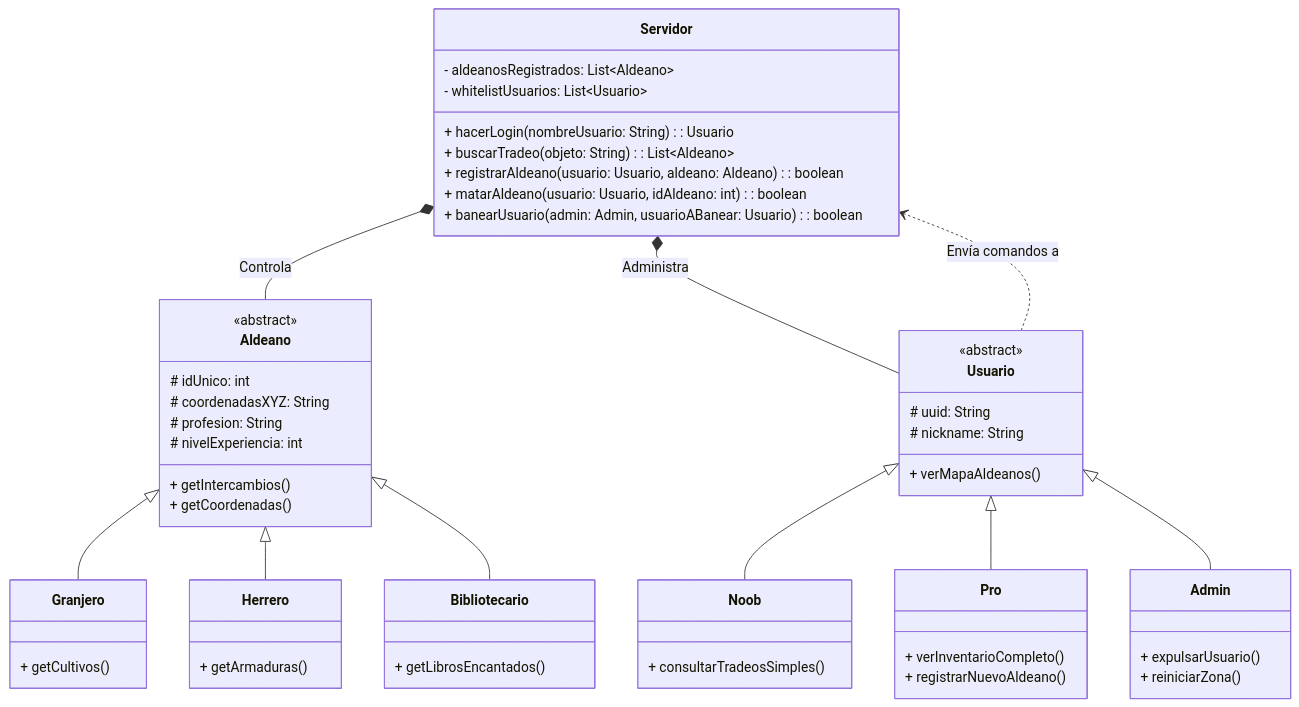
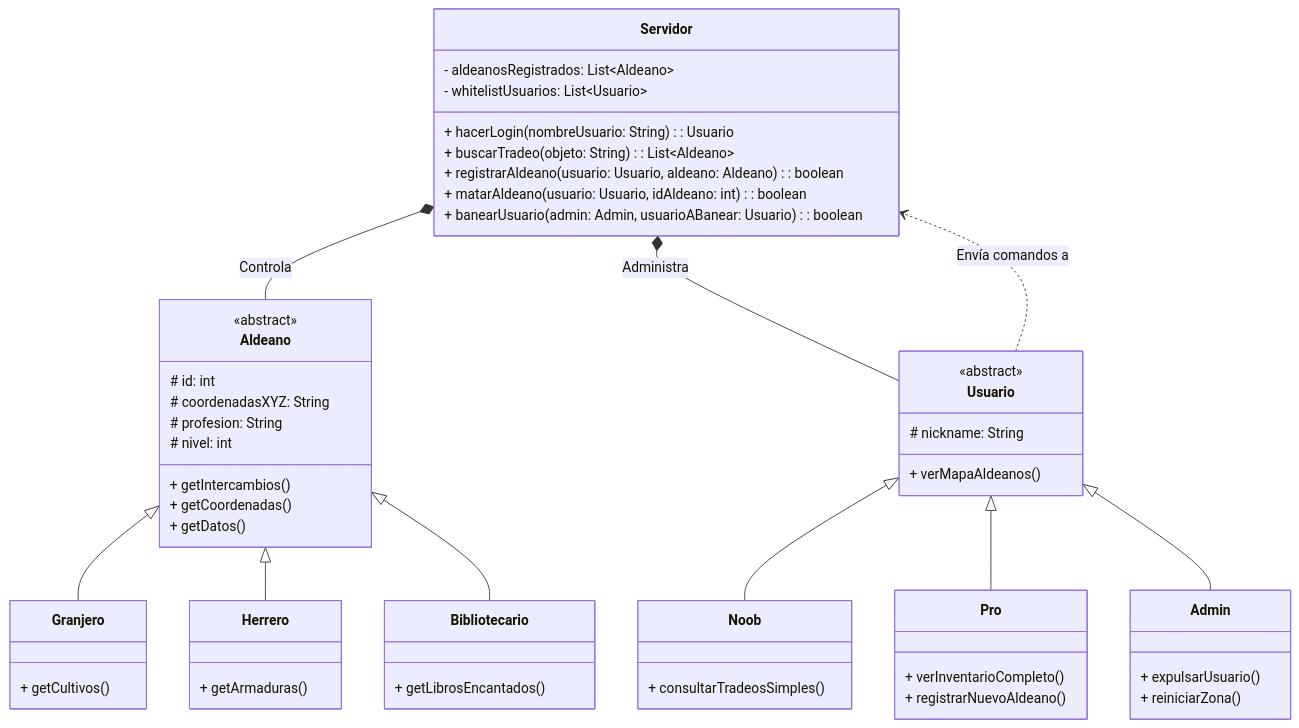
Before and after one commit to benjgaze/lab-kotlin1: the diagram in README.md, drawn with Mermaid.

````diff
--- a/README.md
+++ b/README.md
@@ -18,65 +18,66 @@
 ```mermaid
 classDiagram
     class Servidor {
         - aldeanosRegistrados: List~Aldeano~
         - whitelistUsuarios: List~Usuario~
         + hacerLogin(nombreUsuario: String): Usuario
         + buscarTradeo(objeto: String): List~Aldeano~
         + registrarAldeano(usuario: Usuario, aldeano: Aldeano): boolean
         + matarAldeano(usuario: Usuario, idAldeano: int): boolean
         + banearUsuario(admin: Admin, usuarioABanear: Usuario): boolean
     }
 
     class Aldeano {
         <<abstract>>
-        # idUnico: int
+        # id: int
         # coordenadasXYZ: String
         # profesion: String
-        # nivelExperiencia: int
+        # nivel: int
         + getIntercambios()
         + getCoordenadas()
+        + getDatos ()
+        
     }
 
     class Usuario {
         <<abstract>>
-        # uuid: String
         # nickname: String
         + verMapaAldeanos()
     }
 
     class Noob {
         + consultarTradeosSimples()
     }
     
     class Pro {
         + verInventarioCompleto()
         + registrarNuevoAldeano()
     }
     
     class Admin {
         + expulsarUsuario()
         + reiniciarZona()
     }
 
     class Granjero {
         + getCultivos()
     }
     class Herrero {
         + getArmaduras()
     }
     class Bibliotecario {
         + getLibrosEncantados()
     }
 
     Aldeano <|-- Granjero
     Aldeano <|-- Herrero
     Aldeano <|-- Bibliotecario
 
     Usuario <|-- Noob
     Usuario <|-- Pro
     Usuario <|-- Admin
 
     Servidor *-- Aldeano : Controla
     Servidor *-- Usuario : Administra
     Usuario ..> Servidor : Envía comandos a
 ```
````
